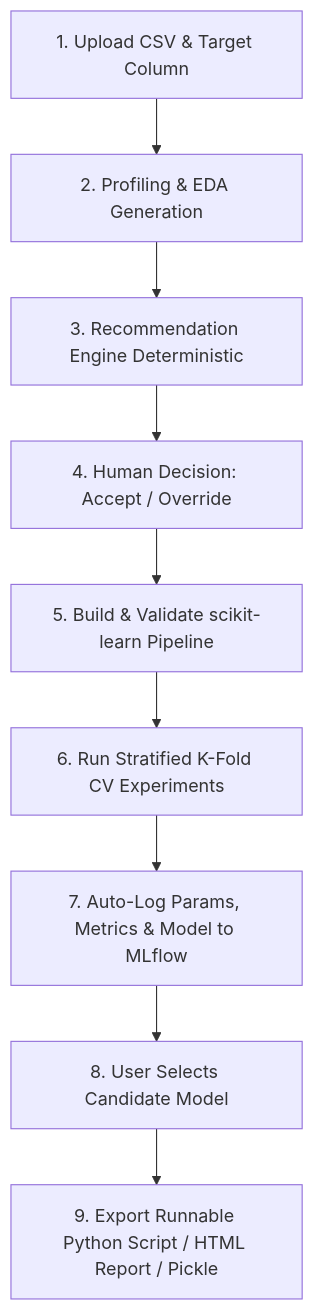
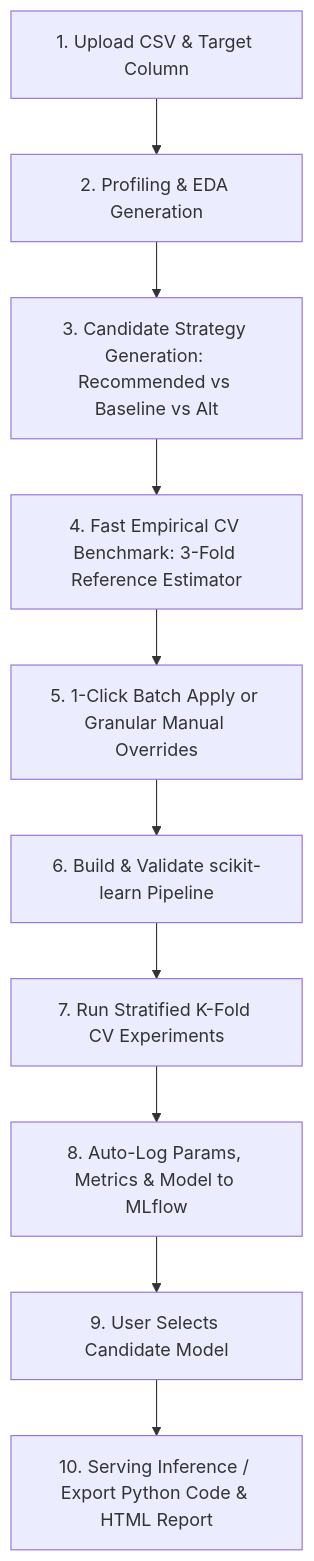
The diagram in docs/CODEBASE_EXPLANATION.md (pajarbeuy/automation_ml), drawn with Mermaid before and after one commit. The commit also changed other lines of this file and 8 other files, not shown here.

Commit message:
docs: update documentation for v3 roadmap, git rules, and testing

````diff
--- a/docs/CODEBASE_EXPLANATION.md
+++ b/docs/CODEBASE_EXPLANATION.md
@@ -174,11 +189,12 @@
 ```mermaid
 flowchart TD
     A[1. Upload CSV & Target Column] --> B[2. Profiling & EDA Generation]
-    B --> C[3. Recommendation Engine Deterministic]
-    C --> D[4. Human Decision: Accept / Override]
-    D --> E[5. Build & Validate scikit-learn Pipeline]
-    E --> F[6. Run Stratified K-Fold CV Experiments]
-    F --> G[7. Auto-Log Params, Metrics & Model to MLflow]
-    G --> H[8. User Selects Candidate Model]
-    H --> I[9. Export Runnable Python Script / HTML Report / Pickle]
+    B --> C[3. Candidate Strategy Generation: Recommended vs Baseline vs Alt]
+    C --> D[4. Fast Empirical CV Benchmark: 3-Fold Reference Estimator]
+    D --> E[5. 1-Click Batch Apply or Granular Manual Overrides]
+    E --> F[6. Build & Validate scikit-learn Pipeline]
+    F --> G[7. Run Stratified K-Fold CV Experiments]
+    G --> H[8. Auto-Log Params, Metrics & Model to MLflow]
+    H --> I[9. User Selects Candidate Model]
+    I --> J[10. Serving Inference / Export Python Code & HTML Report]
 ```
````
